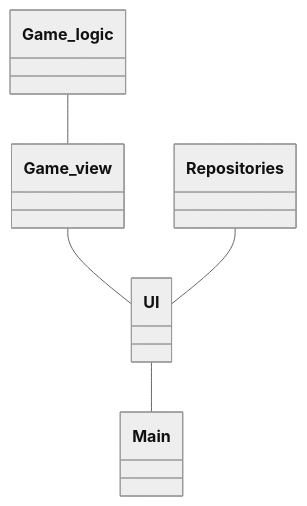
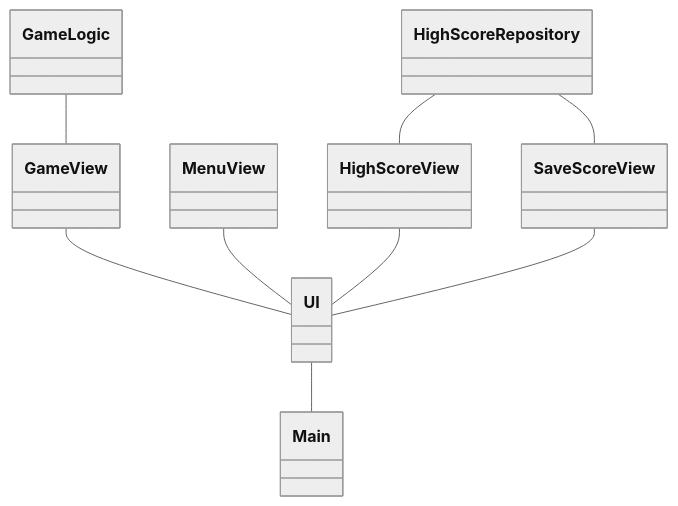
One commit to pavezzo/ot-harjoitustyo changed the first of 2 diagrams in dokumentaatio/arkkitehtuuri.md. Above: the diagram before and after it, drawn with Mermaid (neutral theme). The commit also changed other lines of this file and 9 other files, not shown here.

````diff
--- a/dokumentaatio/arkkitehtuuri.md
+++ b/dokumentaatio/arkkitehtuuri.md
@@ -1,7 +2,11 @@
 ```mermaid
  classDiagram
       UI -- Main
-      Game_logic -- Game_view
-      Game_view -- UI
-      Repositories -- UI
+      GameLogic -- GameView
+      GameView -- UI
+      HighScoreRepository -- HighScoreView
+      HighScoreRepository -- SaveScoreView
+      MenuView -- UI
+      HighScoreView -- UI
+      SaveScoreView -- UI
 ```
````
